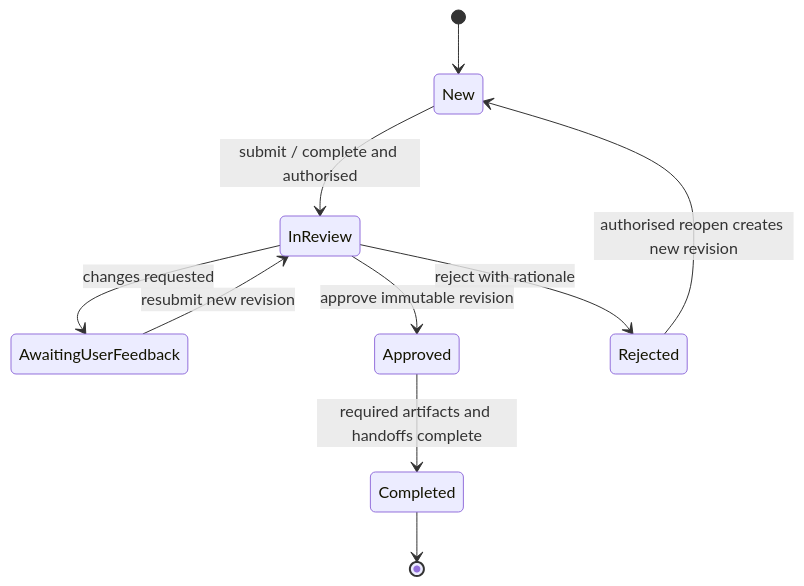
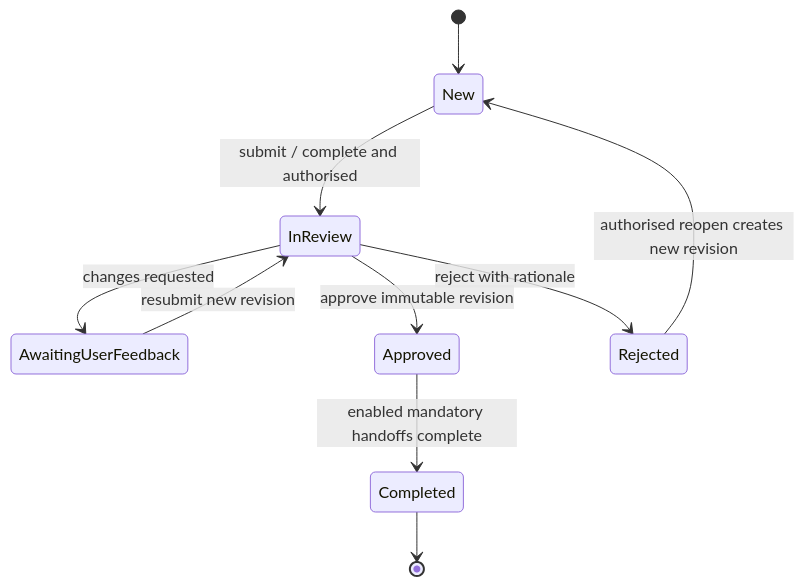
Before and after one commit to duongthaiha/intake-agent: the fifth of 13 diagrams in docs/architecture-design.md, drawn with Mermaid. The commit also changed other lines of this file and 1 other file, not shown here.

````diff
--- a/docs/architecture-design.md
+++ b/docs/architecture-design.md
@@ -482,12 +538,12 @@
 ```mermaid
 stateDiagram-v2
     [*] --> New
     New --> InReview: submit / complete and authorised
     InReview --> AwaitingUserFeedback: changes requested
     AwaitingUserFeedback --> InReview: resubmit new revision
     InReview --> Approved: approve immutable revision
     InReview --> Rejected: reject with rationale
-    Approved --> Completed: required artifacts and handoffs complete
+    Approved --> Completed: enabled mandatory handoffs complete
     Rejected --> New: authorised reopen creates new revision
     Completed --> [*]
 ```
````
